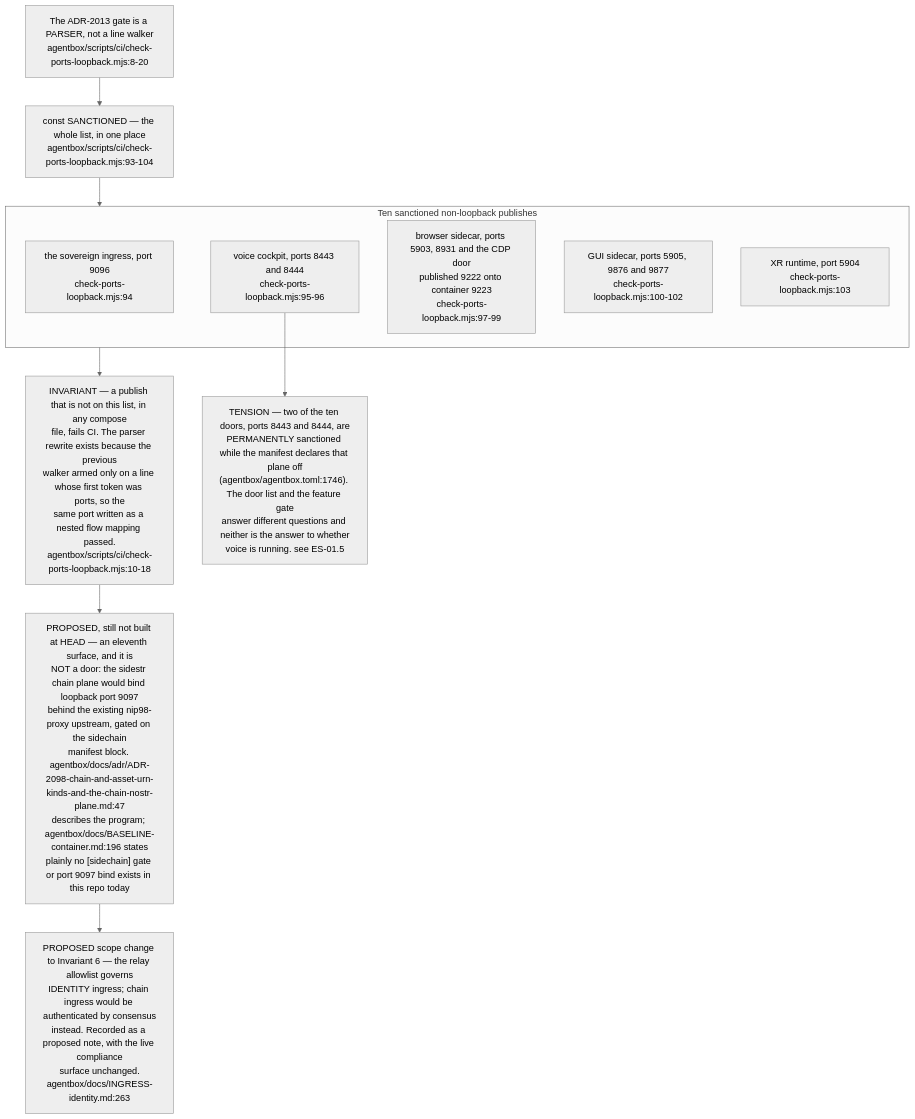
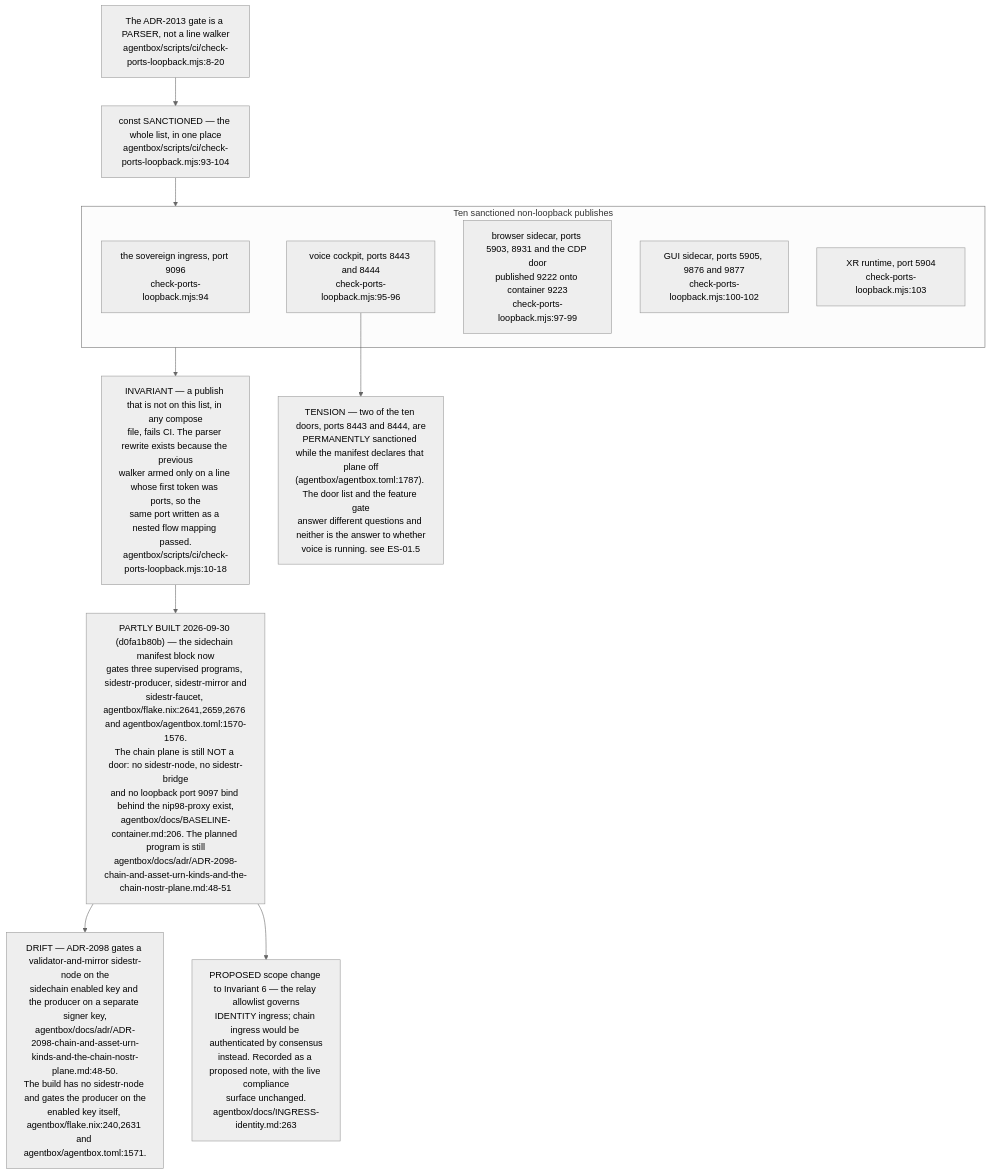
Before and after one commit to DreamLab-AI/VisionFlow: the tenth of 10 diagrams in docs/diagrams/estate/10-deployment-and-security-profiles.md, drawn with Mermaid (neutral theme). The commit also changed other lines of this file and 94 other files, not shown here.

First line of the commit message:
docs(diagrams): re-verify 130 topics against 2 October HEADs

````diff
--- a/docs/diagrams/estate/10-deployment-and-security-profiles.md
+++ b/docs/diagrams/estate/10-deployment-and-security-profiles.md
@@ -375,27 +375,29 @@
 ```mermaid
 flowchart TB
     GATE["The ADR-2013 gate is a PARSER, not a line walker<br/>agentbox/scripts/ci/check-ports-loopback.mjs:8-20"]
     LIST["const SANCTIONED — the whole list, in one place<br/>agentbox/scripts/ci/check-ports-loopback.mjs:93-104"]
     GATE --> LIST
 
     subgraph DOORS["Ten sanctioned non-loopback publishes"]
         D0["the sovereign ingress, port 9096<br/>check-ports-loopback.mjs:94"]
         D1["voice cockpit, ports 8443 and 8444<br/>check-ports-loopback.mjs:95-96"]
         D2["browser sidecar, ports 5903, 8931 and the CDP door<br/>published 9222 onto container 9223<br/>check-ports-loopback.mjs:97-99"]
         D3["GUI sidecar, ports 5905, 9876 and 9877<br/>check-ports-loopback.mjs:100-102"]
         D4["XR runtime, port 5904<br/>check-ports-loopback.mjs:103"]
     end
     LIST --> DOORS
 
     INV["INVARIANT — a publish that is not on this list, in any compose<br/>file, fails CI. The parser rewrite exists because the previous<br/>walker armed only on a line whose first token was ports, so the<br/>same port written as a nested flow mapping passed.<br/>agentbox/scripts/ci/check-ports-loopback.mjs:10-18"]
     DOORS --> INV
 
-    PROP["PROPOSED, still not built at HEAD — an eleventh surface, and it is<br/>NOT a door: the sidestr chain plane would bind loopback port 9097<br/>behind the existing nip98-proxy upstream, gated on the sidechain<br/>manifest block. agentbox/docs/adr/ADR-2098-chain-and-asset-urn-kinds-and-the-chain-nostr-plane.md:47<br/>describes the program; agentbox/docs/BASELINE-container.md:196 states<br/>plainly no [sidechain] gate or port 9097 bind exists in this repo today"]
+    PROP["PARTLY BUILT 2026-09-30 (d0fa1b80b) — the sidechain manifest block now<br/>gates three supervised programs, sidestr-producer, sidestr-mirror and<br/>sidestr-faucet, agentbox/flake.nix:2641,2659,2676 and agentbox/agentbox.toml:1570-1576.<br/>The chain plane is still NOT a door: no sidestr-node, no sidestr-bridge<br/>and no loopback port 9097 bind behind the nip98-proxy exist,<br/>agentbox/docs/BASELINE-container.md:206. The planned program is still<br/>agentbox/docs/adr/ADR-2098-chain-and-asset-urn-kinds-and-the-chain-nostr-plane.md:48-51"]
     INV --> PROP
+    GATEDRIFT["DRIFT — ADR-2098 gates a validator-and-mirror sidestr-node on the<br/>sidechain enabled key and the producer on a separate signer key,<br/>agentbox/docs/adr/ADR-2098-chain-and-asset-urn-kinds-and-the-chain-nostr-plane.md:48-50.<br/>The build has no sidestr-node and gates the producer on the<br/>enabled key itself, agentbox/flake.nix:240,2631 and agentbox/agentbox.toml:1571."]
+    PROP --> GATEDRIFT
 
     NARROW["PROPOSED scope change to Invariant 6 — the relay allowlist governs<br/>IDENTITY ingress; chain ingress would be authenticated by consensus<br/>instead. Recorded as a proposed note, with the live compliance<br/>surface unchanged.<br/>agentbox/docs/INGRESS-identity.md:263"]
     PROP --> NARROW
 
-    TENSION["TENSION — two of the ten doors, ports 8443 and 8444, are<br/>PERMANENTLY sanctioned while the manifest declares that plane off<br/>(agentbox/agentbox.toml:1746). The door list and the feature gate<br/>answer different questions and neither is the answer to whether<br/>voice is running. see ES-01.5"]
+    TENSION["TENSION — two of the ten doors, ports 8443 and 8444, are<br/>PERMANENTLY sanctioned while the manifest declares that plane off<br/>(agentbox/agentbox.toml:1787). The door list and the feature gate<br/>answer different questions and neither is the answer to whether<br/>voice is running. see ES-01.5"]
     D1 --> TENSION
 ```
````
